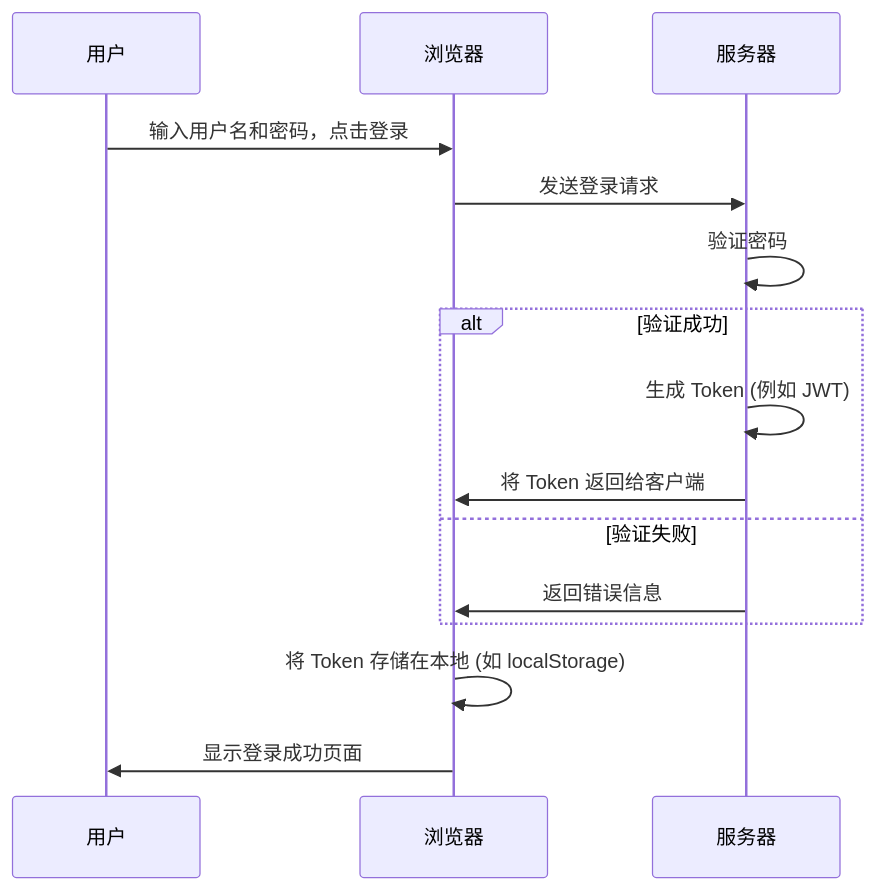
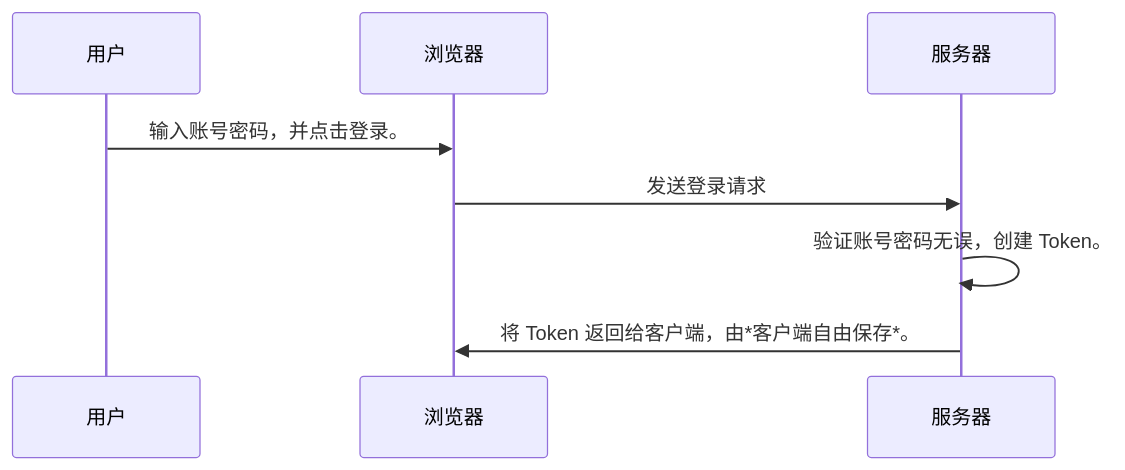
One commit to Hidetoshi20/Program-Knowledge-Database changed the third of 6 diagrams in docs/Web Front End/Web Scenario.md. Above: the diagram before and after it, drawn with Mermaid. The commit also changed other lines of this file and 8 other files, not shown here.

````diff
--- a/docs/Web Front End/Web Scenario.md
+++ b/docs/Web Front End/Web Scenario.md
@@ -79,18 +93,11 @@
 ```mermaid
 sequenceDiagram
     participant User as 用户
     participant Browser as 浏览器
     participant Server as 服务器
 
-    User->>Browser: 输入用户名和密码，点击登录
+    User->>Browser: 输入账号密码，并点击登录。
     Browser->>Server: 发送登录请求
-    Server->>Server: 验证密码
-    alt 验证成功
-        Server->>Server: 生成 Token (例如 JWT)
-        Server->>Browser: 将 Token 返回给客户端
-    else 验证失败
-        Server->>Browser: 返回错误信息
-    end
-    Browser->>Browser: 将 Token 存储在本地 (如 localStorage)
-    Browser->>User: 显示登录成功页面
+    Server->>Server: 验证账号密码无误，创建 Token。
+    Server->>Browser: 将 Token 返回给客户端，由*客户端自由保存*。
 ```
````
